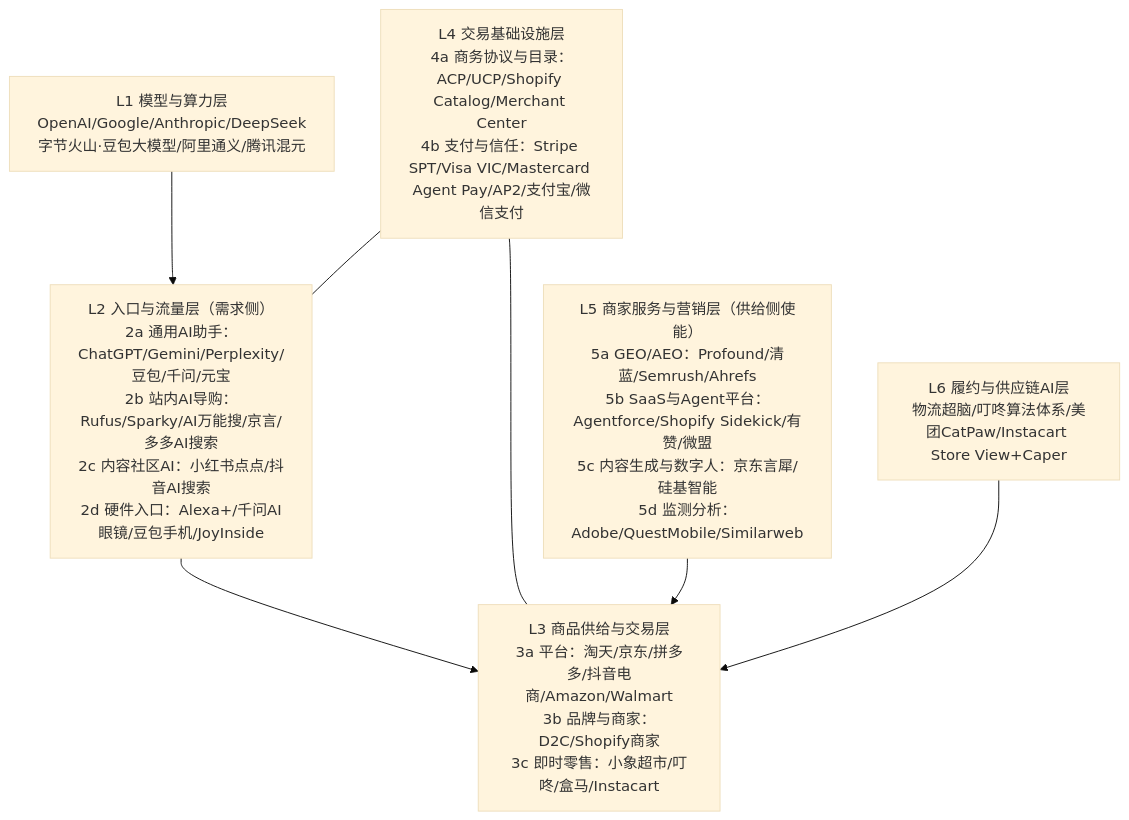
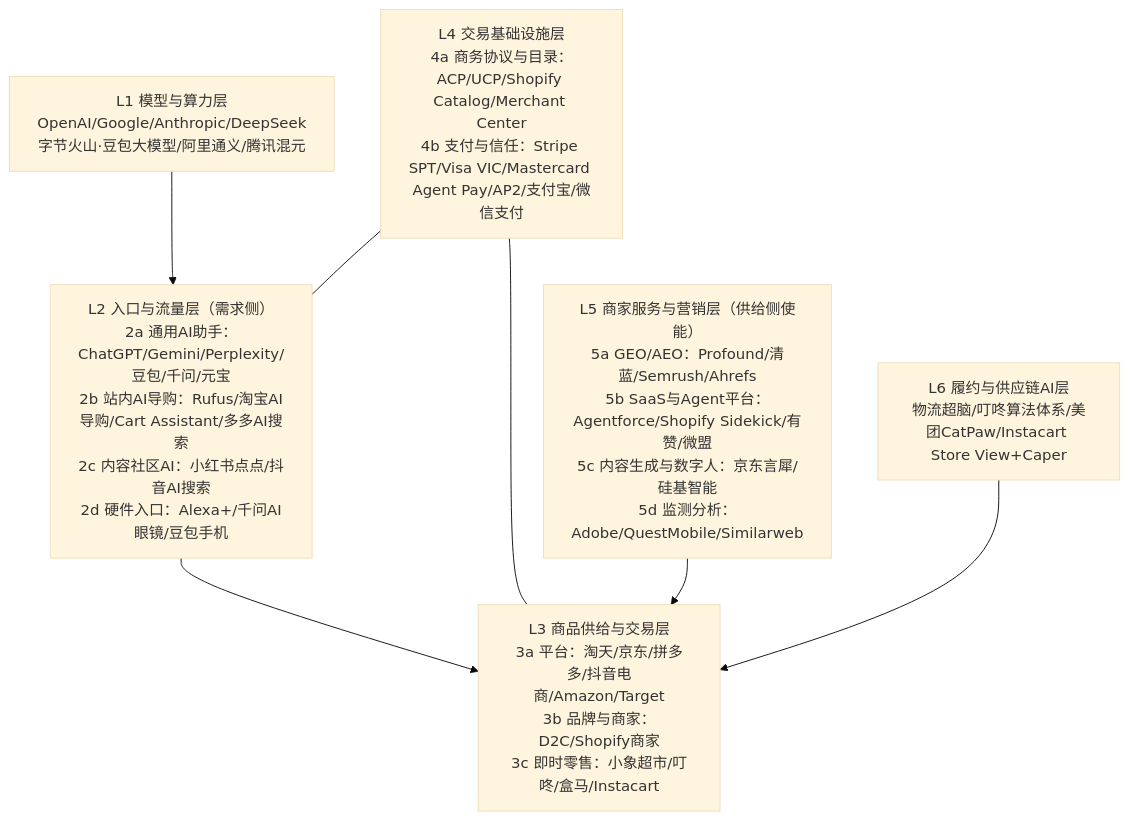
One commit to breeze2623-create/Aicommerce changed the diagram in docs/02_产业链MECE分析.md. Above: the diagram before and after it, drawn with Mermaid (base theme). The commit also changed other lines of this file and 38 other files, not shown here.

````diff
--- a/docs/02_产业链MECE分析.md
+++ b/docs/02_产业链MECE分析.md
@@ -15,14 +15,14 @@
 ```mermaid
 flowchart TB
     L1["L1 模型与算力层<br/>OpenAI/Google/Anthropic/DeepSeek<br/>字节火山·豆包大模型/阿里通义/腾讯混元"]
-    L2["L2 入口与流量层（需求侧）<br/>2a 通用AI助手：ChatGPT/Gemini/Perplexity/豆包/千问/元宝<br/>2b 站内AI导购：Rufus/Sparky/AI万能搜/京言/多多AI搜索<br/>2c 内容社区AI：小红书点点/抖音AI搜索<br/>2d 硬件入口：Alexa+/千问AI眼镜/豆包手机/JoyInside"]
-    L3["L3 商品供给与交易层<br/>3a 平台：淘天/京东/拼多多/抖音电商/Amazon/Walmart<br/>3b 品牌与商家：D2C/Shopify商家<br/>3c 即时零售：小象超市/叮咚/盒马/Instacart"]
+    L2["L2 入口与流量层（需求侧）<br/>2a 通用AI助手：ChatGPT/Gemini/Perplexity/豆包/千问/元宝<br/>2b 站内AI导购：Rufus/淘宝AI导购/Cart Assistant/多多AI搜索<br/>2c 内容社区AI：小红书点点/抖音AI搜索<br/>2d 硬件入口：Alexa+/千问AI眼镜/豆包手机"]
+    L3["L3 商品供给与交易层<br/>3a 平台：淘天/京东/拼多多/抖音电商/Amazon/Target<br/>3b 品牌与商家：D2C/Shopify商家<br/>3c 即时零售：小象超市/叮咚/盒马/Instacart"]
     L4["L4 交易基础设施层<br/>4a 商务协议与目录：ACP/UCP/Shopify Catalog/Merchant Center<br/>4b 支付与信任：Stripe SPT/Visa VIC/Mastercard Agent Pay/AP2/支付宝/微信支付"]
     L5["L5 商家服务与营销层（供给侧使能）<br/>5a GEO/AEO：Profound/清蓝/Semrush/Ahrefs<br/>5b SaaS与Agent平台：Agentforce/Shopify Sidekick/有赞/微盟<br/>5c 内容生成与数字人：京东言犀/硅基智能<br/>5d 监测分析：Adobe/QuestMobile/Similarweb"]
     L6["L6 履约与供应链AI层<br/>物流超脑/叮咚算法体系/美团CatPaw/Instacart Store View+Caper"]
     L1 --> L2 --> L3
     L4 --- L2
     L4 --- L3
     L5 --> L3
     L6 --> L3
 ```
````
